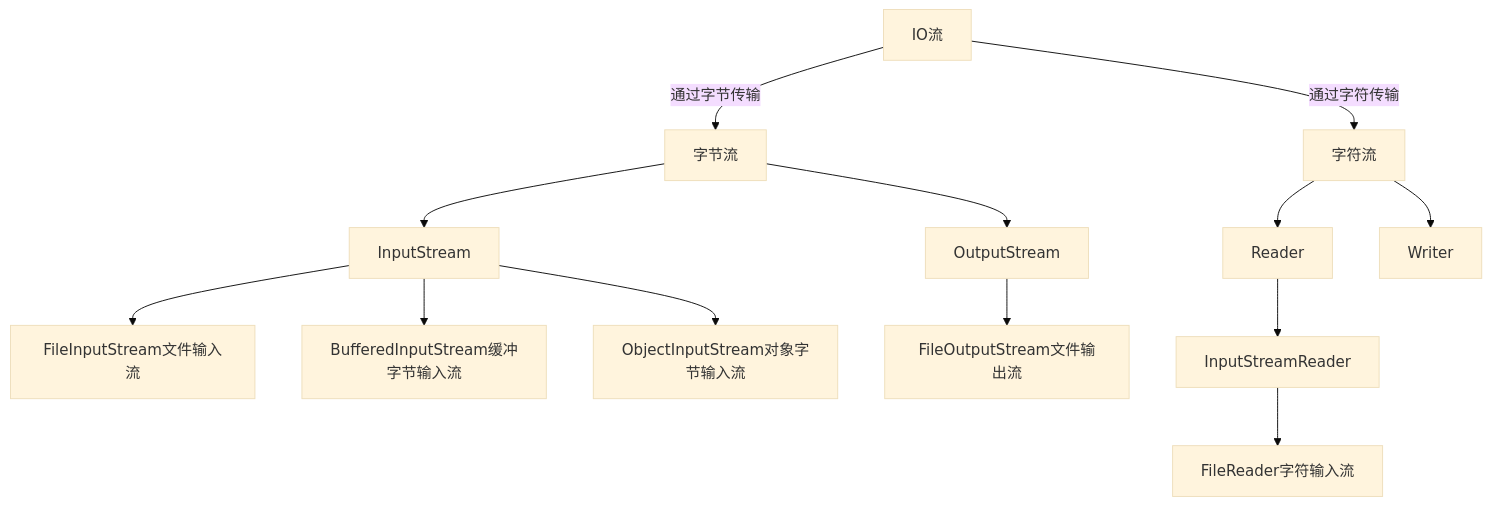
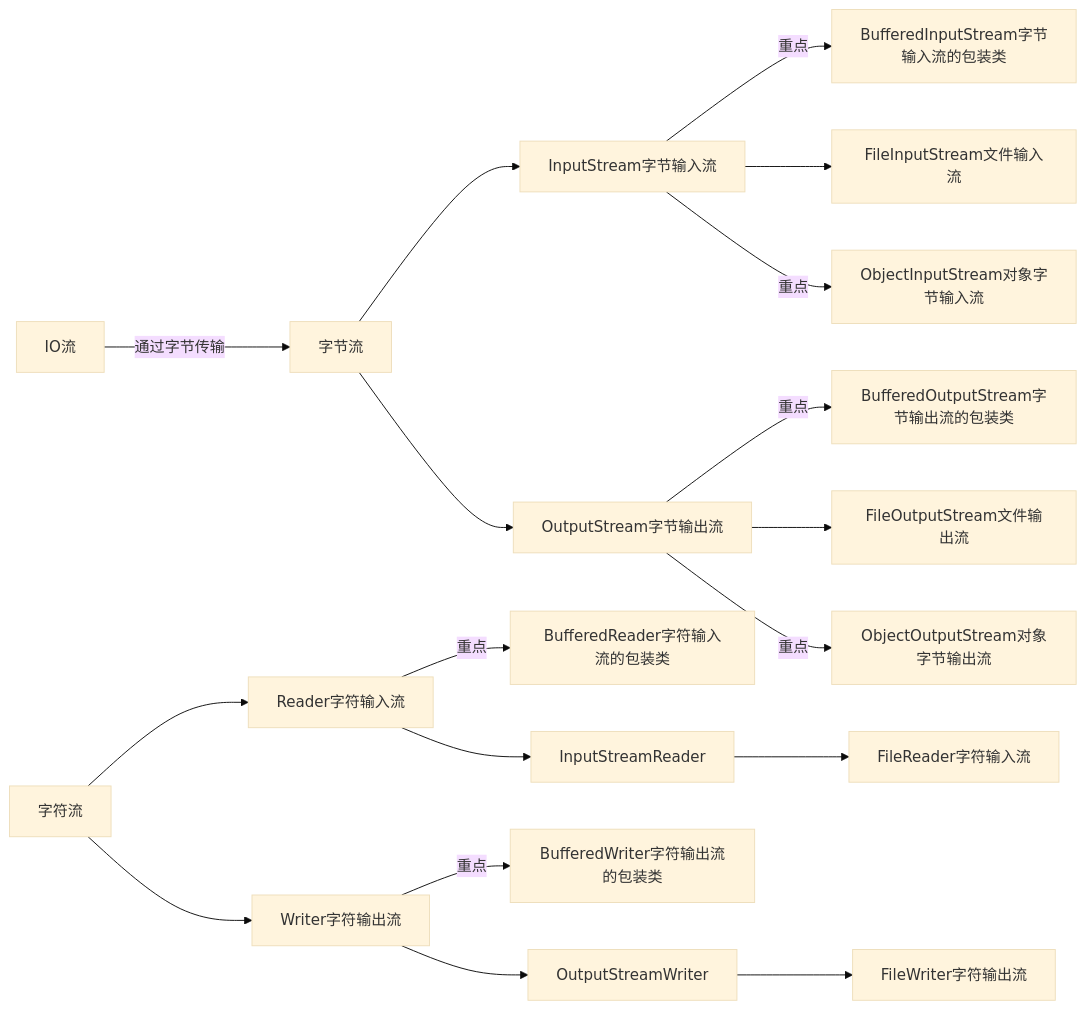
The fourth of 4 diagrams in docs/md/Java.md (shenxingchao/sxc-doc), drawn with Mermaid (base theme) before and after one commit. The commit also changed other lines of this file, not shown here.

````diff
--- a/docs/md/Java.md
+++ b/docs/md/Java.md
@@ -2953,15 +2957,20 @@
 ```mermaid
-graph TB;
+graph LR;
     IO流 --通过字节传输-->字节流
-    IO流 --通过字符传输-->字符流
-    字节流 --> InputStream
-    InputStream --> FileInputStream文件输入流
-    InputStream --> BufferedInputStream缓冲字节输入流
-    InputStream --> ObjectInputStream对象字节输入流
-    字节流 --> OutputStream
-    OutputStream --> FileOutputStream文件输出流
-    字符流 --> Reader
-    Reader --> InputStreamReader
+    字节流 --> InputStream字节输入流
+    InputStream字节输入流 --重点--> BufferedInputStream字节输入流的包装类
+    InputStream字节输入流 --> FileInputStream文件输入流
+    InputStream字节输入流 --重点--> ObjectInputStream对象字节输入流
+    字节流 --> OutputStream字节输出流
+    OutputStream字节输出流 --重点--> BufferedOutputStream字节输出流的包装类
+    OutputStream字节输出流 --> FileOutputStream文件输出流
+    OutputStream字节输出流 --重点--> ObjectOutputStream对象字节输出流
+    字符流 --> Reader字符输入流
+    Reader字符输入流 --重点--> BufferedReader字符输入流的包装类
+    Reader字符输入流 --> InputStreamReader
     InputStreamReader --> FileReader字符输入流
-    字符流 --> Writer
+    字符流 --> Writer字符输出流
+    Writer字符输出流 --重点--> BufferedWriter字符输出流的包装类
+    Writer字符输出流 --> OutputStreamWriter
+    OutputStreamWriter --> FileWriter字符输出流
 ```
````
